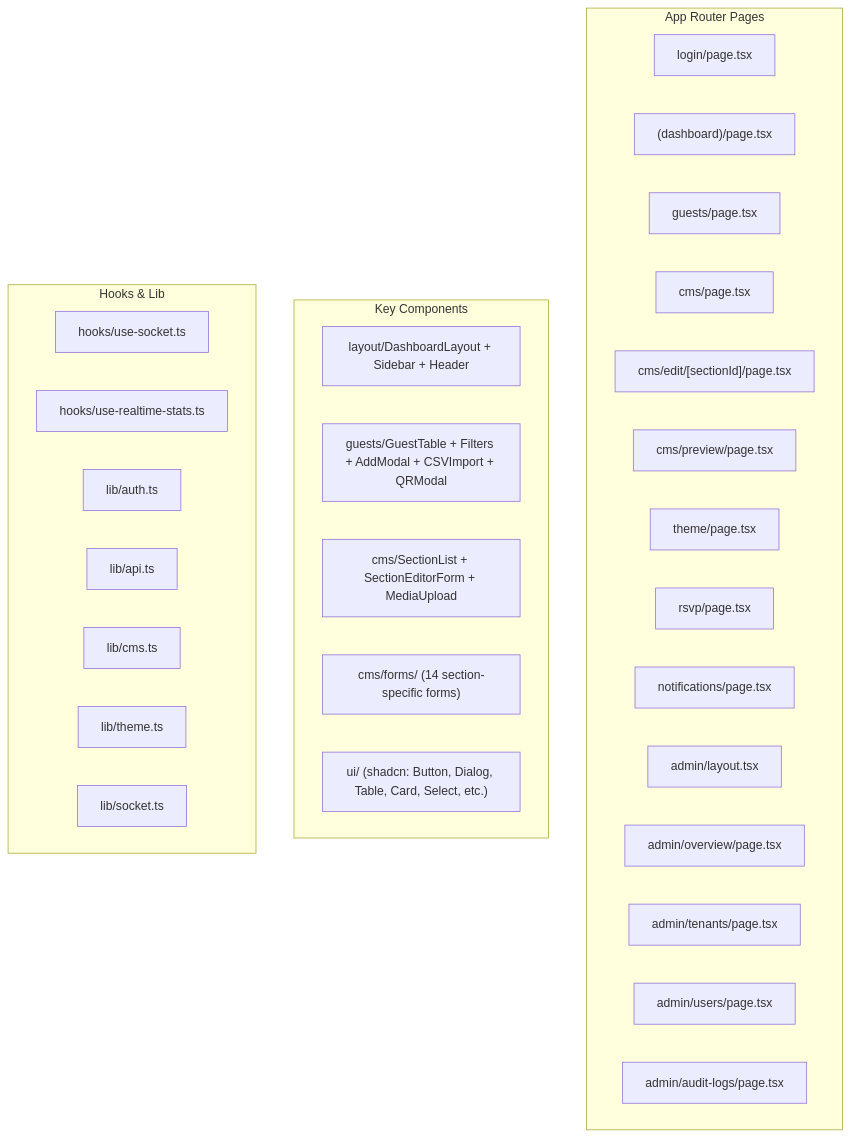
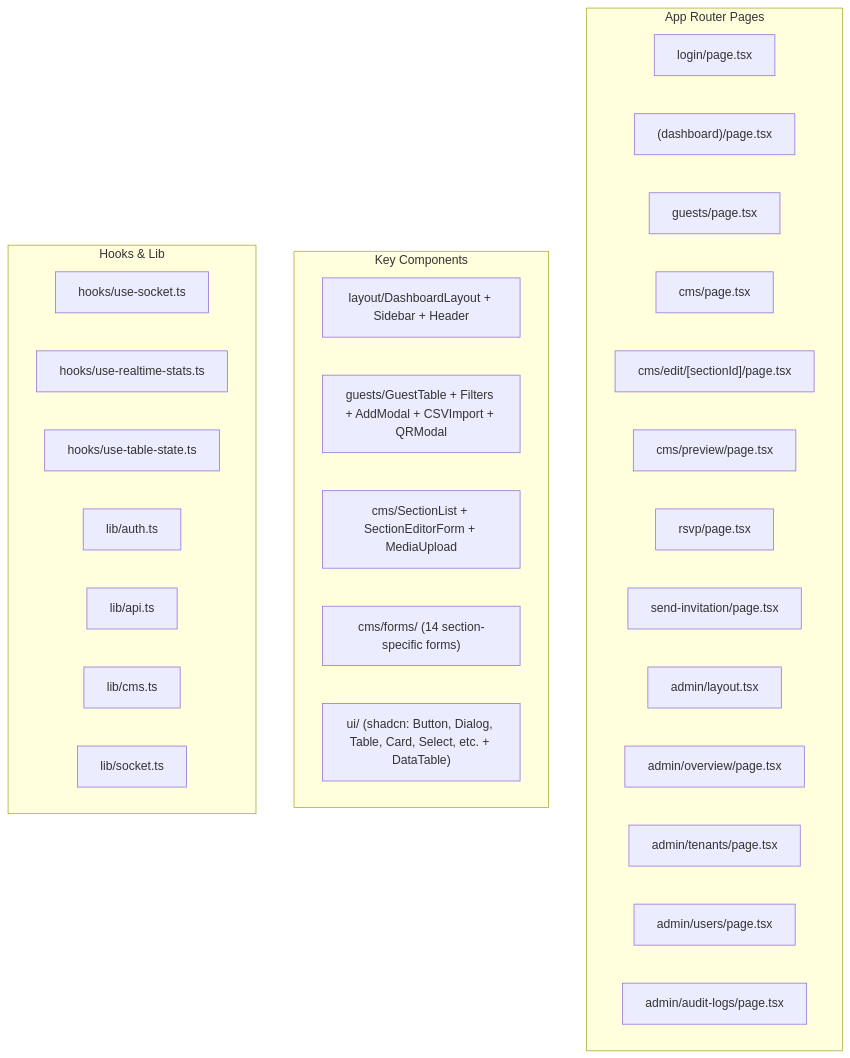
One commit to maru-story/wedding-ecosystem changed the fourth of 6 diagrams in .agents/summary/components.md. Above: the diagram before and after it, drawn with Mermaid. The commit also changed other lines of this file and 212 other files, not shown here.

````diff
--- a/.agents/summary/components.md
+++ b/.agents/summary/components.md
@@ -147,37 +147,36 @@
 ```mermaid
 graph TB
     subgraph "App Router Pages"
         Login["login/page.tsx"]
         Home["(dashboard)/page.tsx"]
         Guests["guests/page.tsx"]
         CMS["cms/page.tsx"]
         CMSEdit["cms/edit/[sectionId]/page.tsx"]
         CMSPreview["cms/preview/page.tsx"]
-        Theme["theme/page.tsx"]
         RSVP["rsvp/page.tsx"]
-        Notifications["notifications/page.tsx"]
+        SendInvitation["send-invitation/page.tsx"]
         AdminLayout["admin/layout.tsx"]
         AdminOverview["admin/overview/page.tsx"]
         AdminTenants["admin/tenants/page.tsx"]
         AdminUsers["admin/users/page.tsx"]
         AdminAudit["admin/audit-logs/page.tsx"]
     end
 
     subgraph "Key Components"
         Layout["layout/DashboardLayout + Sidebar + Header"]
         GuestTable["guests/GuestTable + Filters + AddModal + CSVImport + QRModal"]
         CMSComp["cms/SectionList + SectionEditorForm + MediaUpload"]
         Forms["cms/forms/ (14 section-specific forms)"]
-        UI["ui/ (shadcn: Button, Dialog, Table, Card, Select, etc.)"]
+        UI["ui/ (shadcn: Button, Dialog, Table, Card, Select, etc. + DataTable)"]
     end
 
     subgraph "Hooks & Lib"
         UseSocket["hooks/use-socket.ts"]
         UseStats["hooks/use-realtime-stats.ts"]
+        UseTable["hooks/use-table-state.ts"]
         AuthLib["lib/auth.ts"]
         APILib["lib/api.ts"]
         CMSLib["lib/cms.ts"]
-        ThemeLib["lib/theme.ts"]
         SocketLib["lib/socket.ts"]
     end
 ```
````
